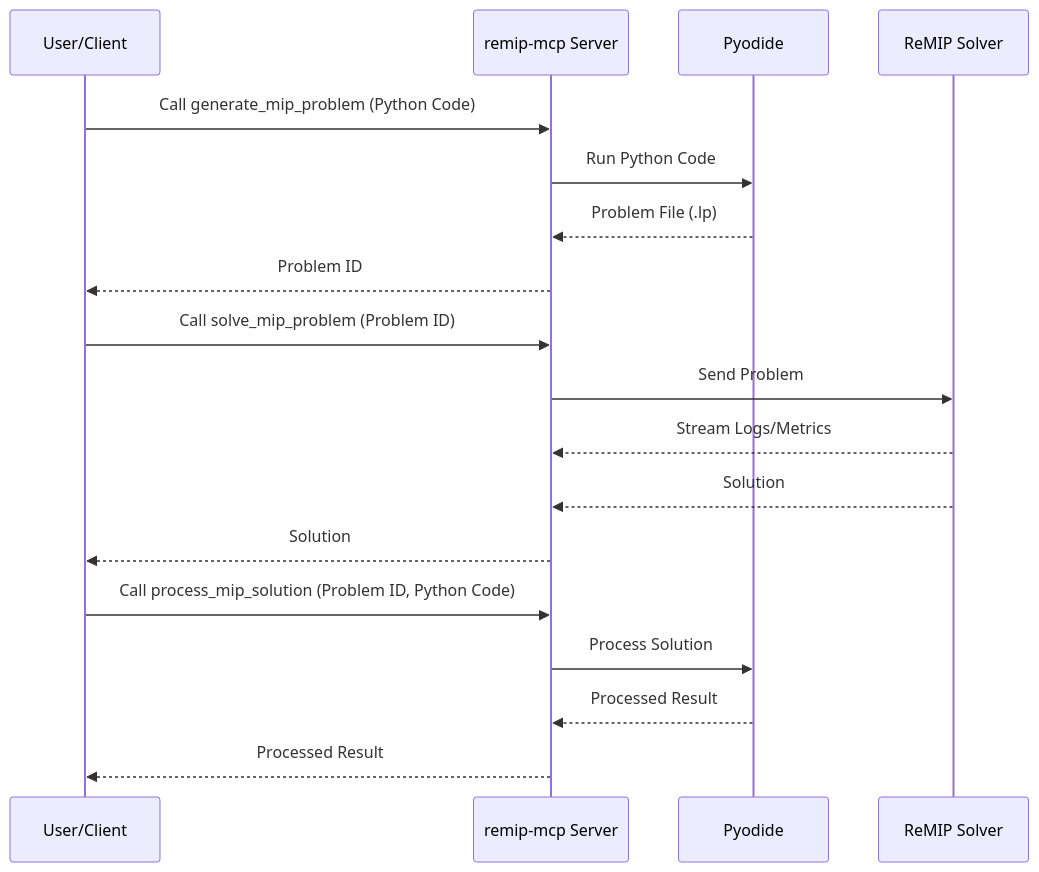
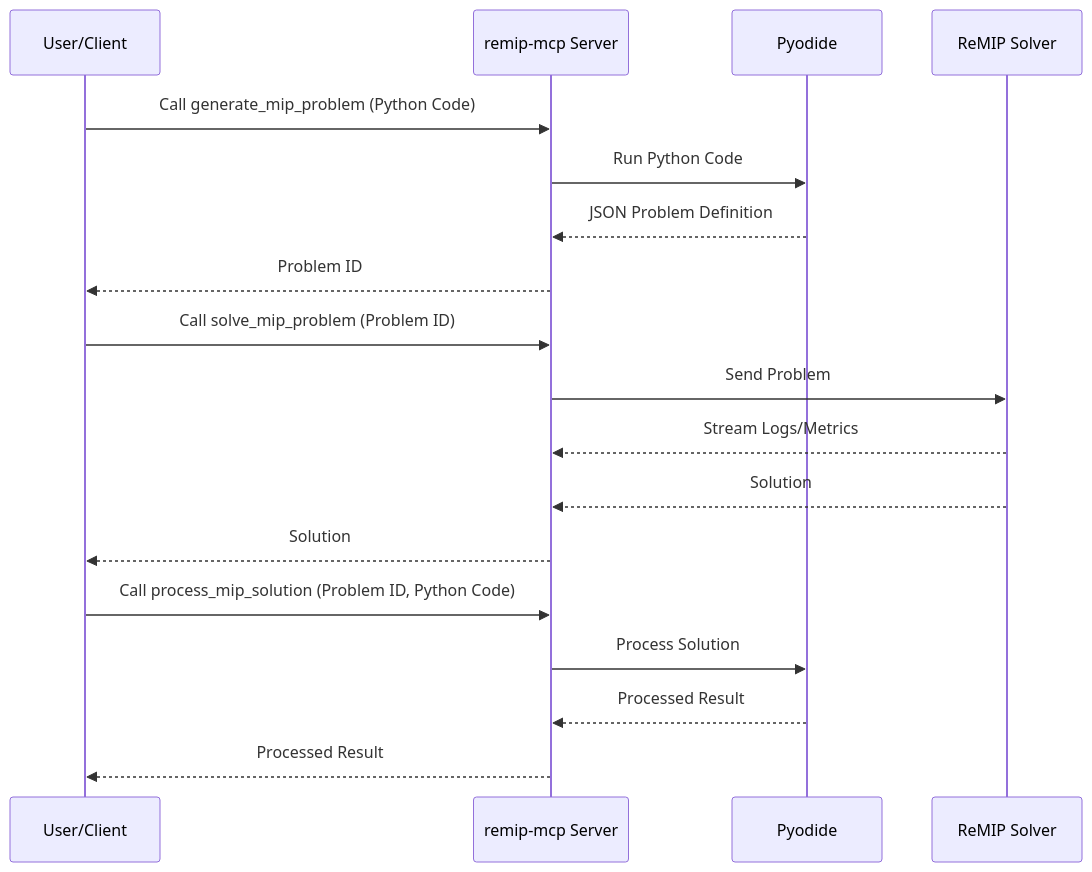
The diagram in README.md (ohtaman/remip-mcp), drawn with Mermaid before and after one commit. The commit also changed other lines of this file, not shown here.

Commit message:
docs: Clarify problem definition format as JSON in README

````diff
--- a/README.md
+++ b/README.md
@@ -25,23 +25,23 @@
 ```mermaid
 sequenceDiagram
     participant User as User/Client
     participant Server as remip-mcp Server
     participant Pyodide as Pyodide
     participant ReMIP as ReMIP Solver
 
     User->>Server: Call generate_mip_problem (Python Code)
     Server->>Pyodide: Run Python Code
-    Pyodide-->>Server: Problem File (.lp)
+    Pyodide-->>Server: JSON Problem Definition
     Server-->>User: Problem ID
 
     User->>Server: Call solve_mip_problem (Problem ID)
     Server->>ReMIP: Send Problem
     ReMIP-->>Server: Stream Logs/Metrics
     ReMIP-->>Server: Solution
     Server-->>User: Solution
 
     User->>Server: Call process_mip_solution (Problem ID, Python Code)
     Server->>Pyodide: Process Solution
     Pyodide-->>Server: Processed Result
     Server-->>User: Processed Result
 ```
````
